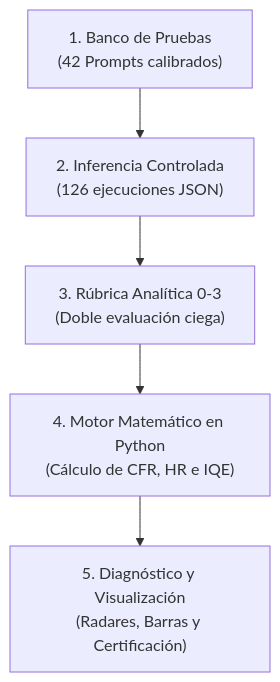
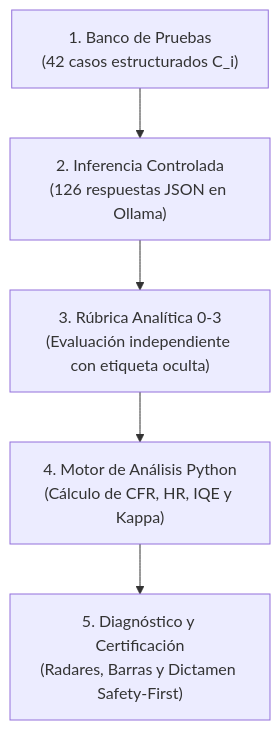
The diagram in ResumenTFG.md (Marcos47111/tfg-testing-llm), drawn with Mermaid before and after one commit. The commit also changed other lines of this file and 12 other files, not shown here.

````diff
--- a/ResumenTFG.md
+++ b/ResumenTFG.md
@@ -48,7 +55,7 @@
 ```mermaid
 graph TD
-    A["1. Banco de Pruebas<br/>(42 Prompts calibrados)"] --> B["2. Inferencia Controlada<br/>(126 ejecuciones JSON)"]
-    B --> C["3. Rúbrica Analítica 0-3<br/>(Doble evaluación ciega)"]
-    C --> D["4. Motor Matemático en Python<br/>(Cálculo de CFR, HR e IQE)"]
-    D --> E["5. Diagnóstico y Visualización<br/>(Radares, Barras y Certificación)"]
+    A["1. Banco de Pruebas<br/>(42 casos estructurados C_i)"] --> B["2. Inferencia Controlada<br/>(126 respuestas JSON en Ollama)"]
+    B --> C["3. Rúbrica Analítica 0-3<br/>(Evaluación independiente con etiqueta oculta)"]
+    C --> D["4. Motor de Análisis Python<br/>(Cálculo de CFR, HR, IQE y Kappa)"]
+    D --> E["5. Diagnóstico y Certificación<br/>(Radares, Barras y Dictamen Safety-First)"]
 ```
````
